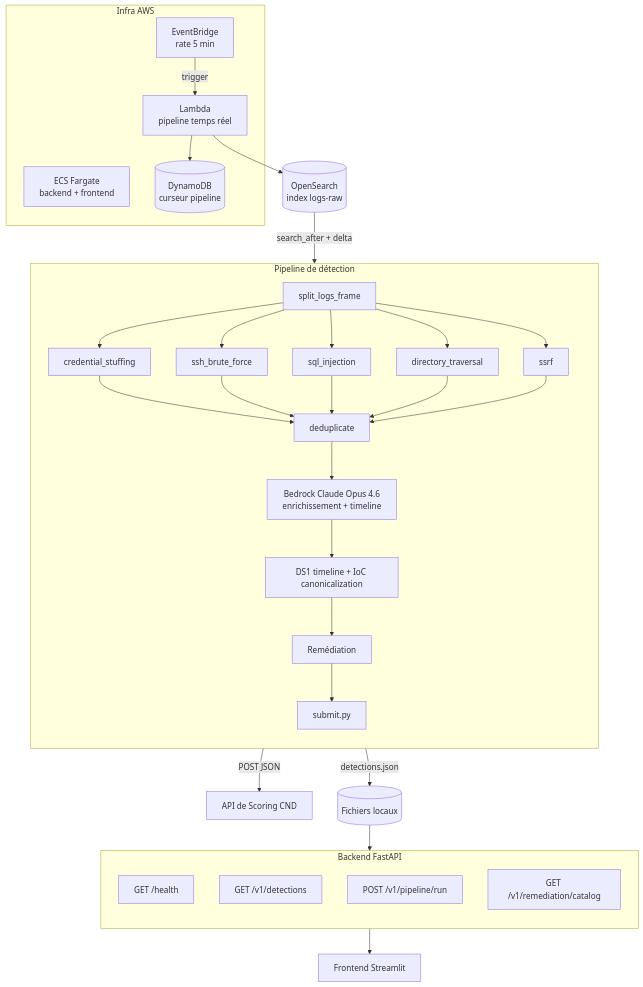
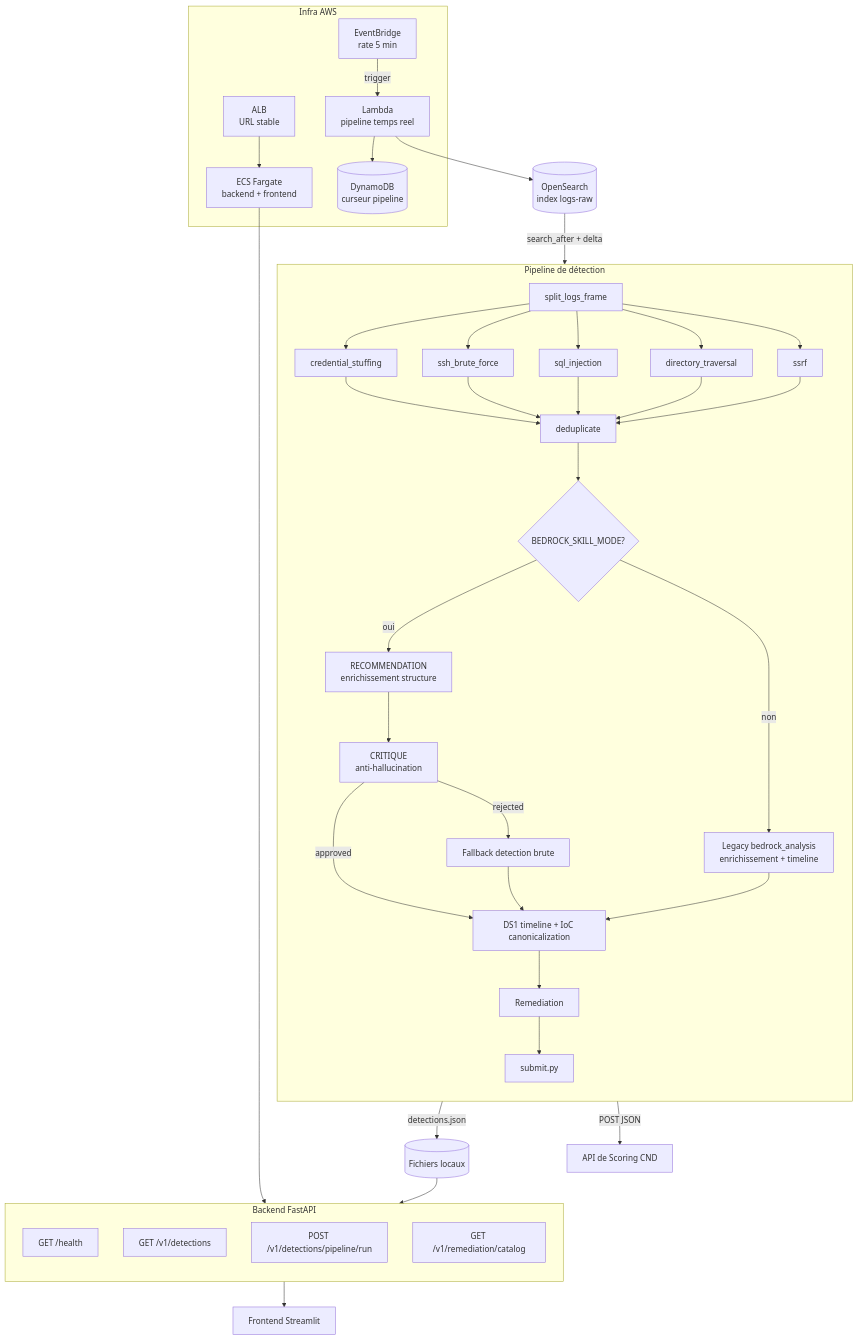
One commit to Thibault-GAREL/ILab-Hackaton_CND-Phase2-Cyberattack_AI_detection changed the diagram in docs/architecture.md. Above: the diagram before and after it, drawn with Mermaid. The commit also changed other lines of this file and 49 other files, not shown here.

First line of the commit message:
feat(skill+alb): integrate cnd-detection-skill pipeline and ALB for stable URL

````diff
--- a/docs/architecture.md
+++ b/docs/architecture.md
@@ -15,43 +15,53 @@
 ```mermaid
 flowchart TD
     OS[(OpenSearch<br/>index logs-raw)] -->|search_after + delta| Pipeline
 
     subgraph Pipeline["Pipeline de détection"]
         direction TB
         Split[split_logs_frame] --> D1[credential_stuffing]
         Split --> D2[ssh_brute_force]
         Split --> D3[sql_injection]
         Split --> D4[directory_traversal]
         Split --> D5[ssrf]
         D1 & D2 & D3 & D4 & D5 --> Dedup[deduplicate]
-        Dedup --> Bedrock[Bedrock Claude Opus 4.6<br/>enrichissement + timeline]
-        Bedrock --> DS1[DS1 timeline + IoC canonicalization]
-        DS1 --> Remed[Remédiation]
+        Dedup --> SkillSwitch{BEDROCK_SKILL_MODE?}
+        SkillSwitch -->|oui| Recommend[RECOMMENDATION<br/>enrichissement structure]
+        Recommend --> Critic[CRITIQUE<br/>anti-hallucination]
+        Critic -->|approved| DS1
+        Critic -->|rejected| FallbackRaw[Fallback detection brute]
+        FallbackRaw --> DS1
+        SkillSwitch -->|non| LegacyBedrock[Legacy bedrock_analysis<br/>enrichissement + timeline]
+        LegacyBedrock --> DS1[DS1 timeline + IoC canonicalization]
+        DS1 --> Remed[Remediation]
         Remed --> Submit[submit.py]
     end
 
     Submit -->|POST JSON| API[API de Scoring CND]
     Submit -->|detections.json| Files[(Fichiers locaux)]
 
     subgraph Backend["Backend FastAPI"]
         direction TB
         Health[GET /health]
         Detections[GET /v1/detections]
-        PipelineRun[POST /v1/pipeline/run]
+        PipelineRun[POST /v1/detections/pipeline/run]
         RemCatalog[GET /v1/remediation/catalog]
     end
 
     Files --> Backend
-    Backend --> Frontend[Frontend Streamlit]
 
     subgraph Infra["Infra AWS"]
+        ALB[ALB<br/>URL stable]
         ECS[ECS Fargate<br/>backend + frontend]
-        Lambda[Lambda<br/>pipeline temps réel]
+        Lambda[Lambda<br/>pipeline temps reel]
         EB[EventBridge<br/>rate 5 min]
         DDB[(DynamoDB<br/>curseur pipeline)]
     end
+
+    ALB --> ECS
+    ECS --> Backend
+    Backend --> Frontend[Frontend Streamlit]
 
     EB -->|trigger| Lambda
     Lambda --> OS
     Lambda --> DDB
 ```
````
